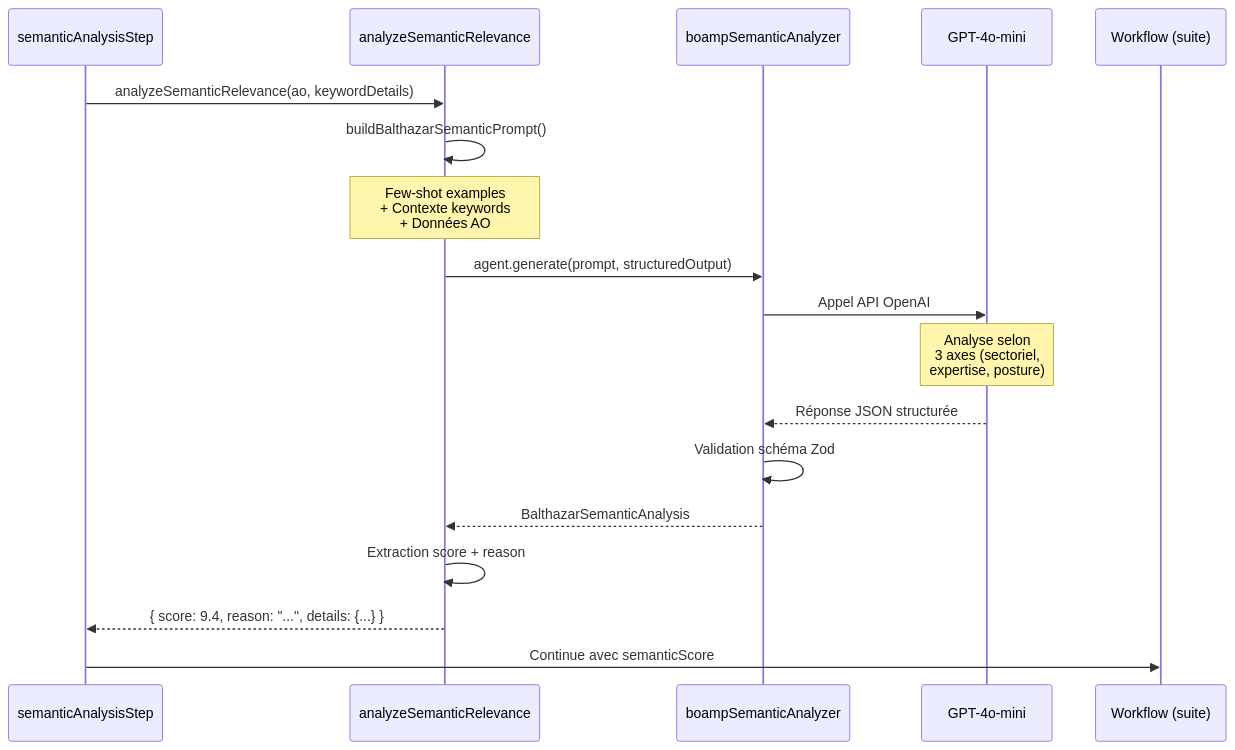
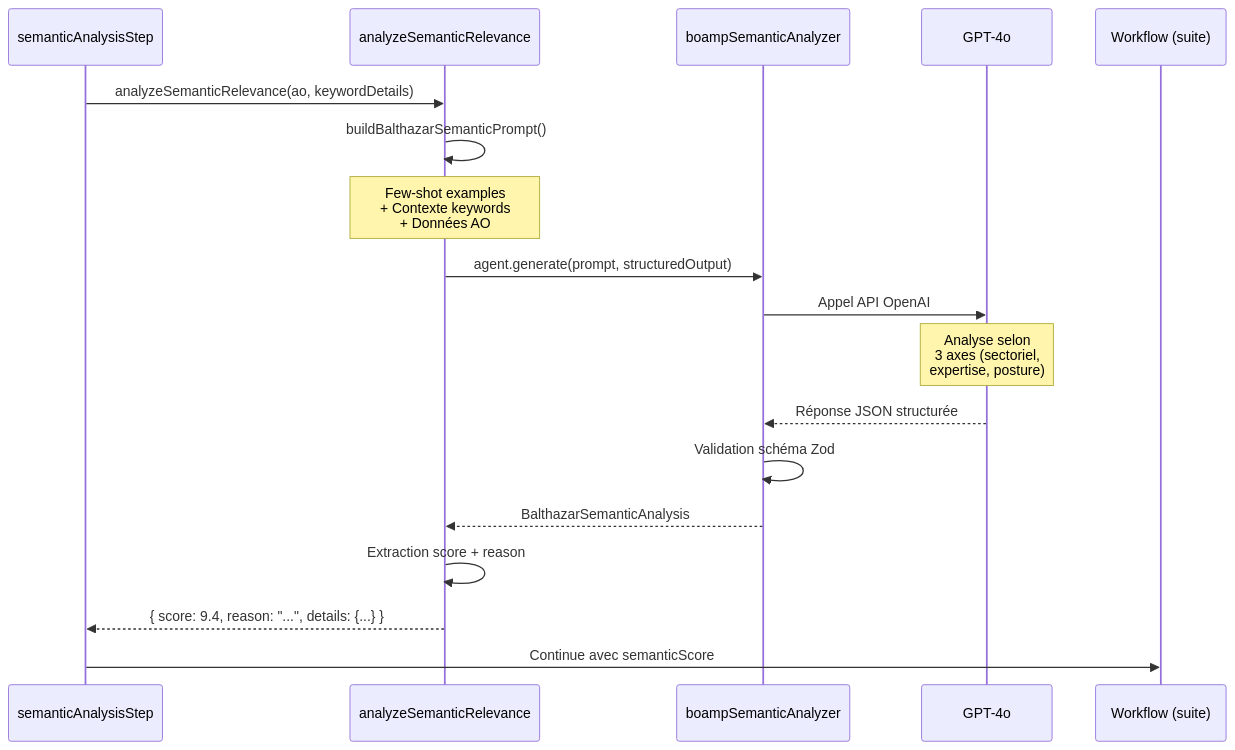
Before and after one commit to HugoDeiss/Balthazar---Agentic-System---AO-veille-: the third of 4 diagrams in WORKFLOW_AO_VEILLE.md, drawn with Mermaid. The commit also changed other lines of this file and 7 other files, not shown here.

````diff
--- a/WORKFLOW_AO_VEILLE.md
+++ b/WORKFLOW_AO_VEILLE.md
@@ -978,21 +989,21 @@
 ```mermaid
 sequenceDiagram
     participant Workflow as semanticAnalysisStep
     participant Function as analyzeSemanticRelevance
     participant Agent as boampSemanticAnalyzer
-    participant LLM as GPT-4o-mini
+    participant LLM as GPT-4o
     participant Workflow2 as Workflow (suite)
     
     Workflow->>Function: analyzeSemanticRelevance(ao, keywordDetails)
     Function->>Function: buildBalthazarSemanticPrompt()
     Note over Function: Few-shot examples<br/>+ Contexte keywords<br/>+ Données AO
     Function->>Agent: agent.generate(prompt, structuredOutput)
     Agent->>LLM: Appel API OpenAI
     Note over LLM: Analyse selon<br/>3 axes (sectoriel,<br/>expertise, posture)
     LLM-->>Agent: Réponse JSON structurée
     Agent->>Agent: Validation schéma Zod
     Agent-->>Function: BalthazarSemanticAnalysis
     Function->>Function: Extraction score + reason
     Function-->>Workflow: { score: 9.4, reason: "...", details: {...} }
     Workflow->>Workflow2: Continue avec semanticScore
 ```
````
